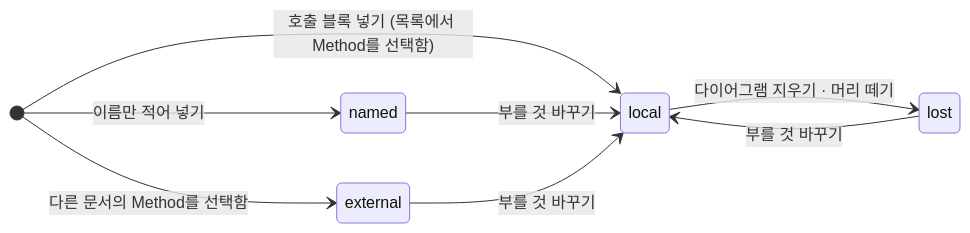
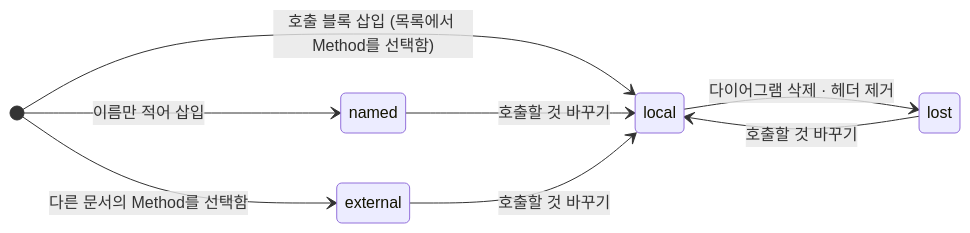
The first of 2 diagrams in docs/04-design/01-model.md (reddiana/AriadneNSD), drawn with Mermaid before and after one commit. The commit also changed other lines of this file and 3 other files, not shown here.

````diff
--- a/docs/04-design/01-model.md
+++ b/docs/04-design/01-model.md
@@ -154,11 +154,11 @@
 ```mermaid
 stateDiagram-v2
     direction LR
-    [*] --> local : 호출 블록 넣기 (목록에서 Method를 선택함)
-    [*] --> named : 이름만 적어 넣기
+    [*] --> local : 호출 블록 삽입 (목록에서 Method를 선택함)
+    [*] --> named : 이름만 적어 삽입
     [*] --> external : 다른 문서의 Method를 선택함
-    local --> lost : 다이어그램 지우기 · 머리 떼기
-    lost --> local : 부를 것 바꾸기
-    named --> local : 부를 것 바꾸기
-    external --> local : 부를 것 바꾸기
+    local --> lost : 다이어그램 삭제 · 헤더 제거
+    lost --> local : 호출할 것 바꾸기
+    named --> local : 호출할 것 바꾸기
+    external --> local : 호출할 것 바꾸기
 ```
````
